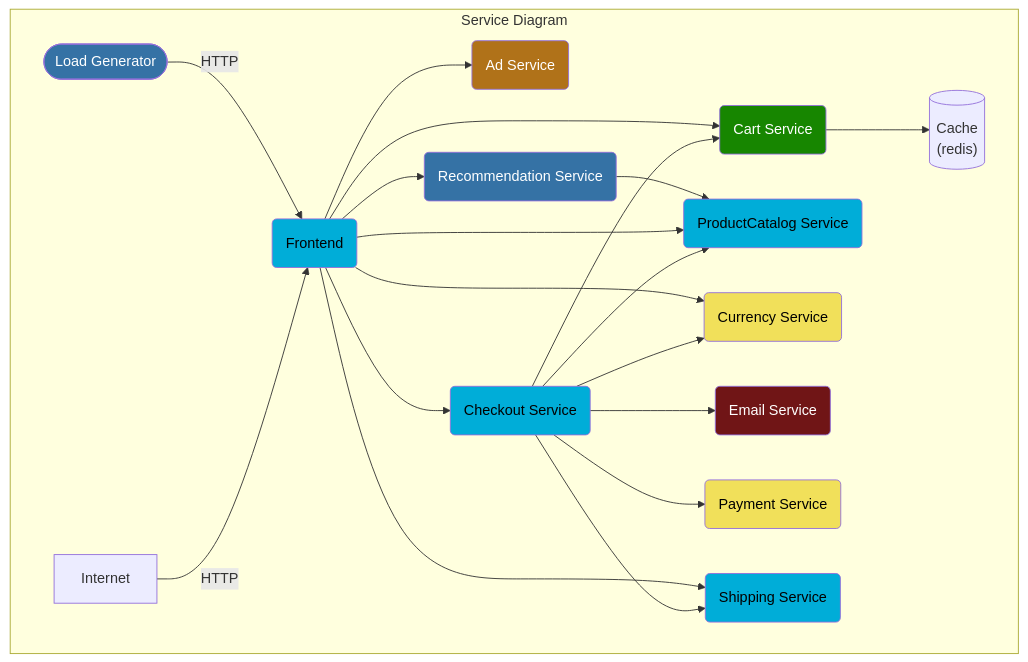
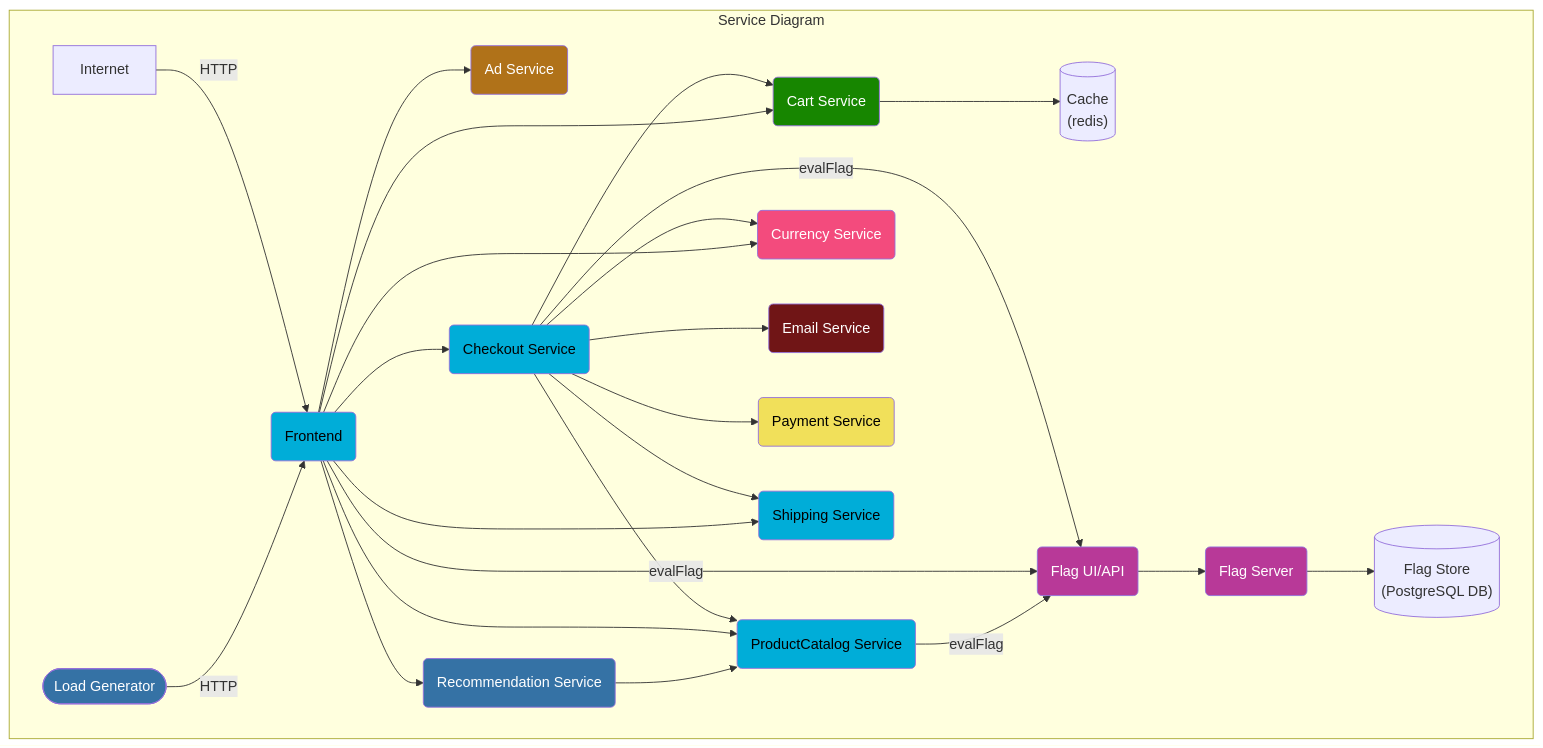
The first of 2 diagrams in README.md (mohamed3637/opentelemetry-demo), drawn with Mermaid before and after one commit. The commit also changed other lines of this file, not shown here.

Commit message:
Updating current architecture (#202)
* documentation updates

* removed space

* Added postgres data

* remove slash

````diff
--- a/README.md
+++ b/README.md
@@ -123,48 +123,57 @@
 ```mermaid
 graph TD
 
 subgraph Service Diagram
 adservice(Ad Service):::java
 cache[(Cache<br/>&#40redis&#41)]
 cartservice(Cart Service):::dotnet
 checkoutservice(Checkout Service):::golang
-currencyservice(Currency Service):::nodejs
+currencyservice(Currency Service):::cpp
 emailservice(Email Service):::ruby
 frontend(Frontend):::golang
 loadgenerator([Load Generator]):::python
 paymentservice(Payment Service):::nodejs
 productcatalogservice(ProductCatalog Service):::golang
 recommendationservice(Recommendation Service):::python
 shippingservice(Shipping Service):::golang
 
 Internet -->|HTTP| frontend
 loadgenerator -->|HTTP| frontend
 
 checkoutservice --> cartservice --> cache
 checkoutservice --> productcatalogservice
 checkoutservice --> currencyservice
 checkoutservice --> emailservice
 checkoutservice --> paymentservice
 checkoutservice --> shippingservice
+checkoutservice --> |evalFlag| featureflagfeservice
 
 frontend --> adservice
 frontend --> cartservice
 frontend --> productcatalogservice
 frontend --> checkoutservice
 frontend --> currencyservice
 frontend --> recommendationservice --> productcatalogservice
 frontend --> shippingservice
+frontend --> |evalFlag| featureflagfeservice
 
+productcatalogservice --> |evalFlag| featureflagfeservice
+
+featureflagbeservice(Flag Server):::erlang
+featureflagfeservice(Flag UI/API):::erlang
+featureflagstore[(Flag Store<br/>&#40PostgreSQL DB&#41)]
+
+featureflagfeservice --> featureflagbeservice --> featureflagstore
 
 end
 classDef java fill:#b07219,color:white;
 classDef dotnet fill:#178600,color:white;
 classDef golang fill:#00add8,color:black;
 classDef cpp fill:#f34b7d,color:white;
 classDef ruby fill:#701516,color:white;
 classDef python fill:#3572A5,color:white;
 classDef nodejs fill:#f1e05a,color:black;
 classDef rust fill:#dea584,color:black;
 classDef erlang fill:#b83998,color:white;
 classDef php fill:#4f5d95,color:white;
 ```
````
